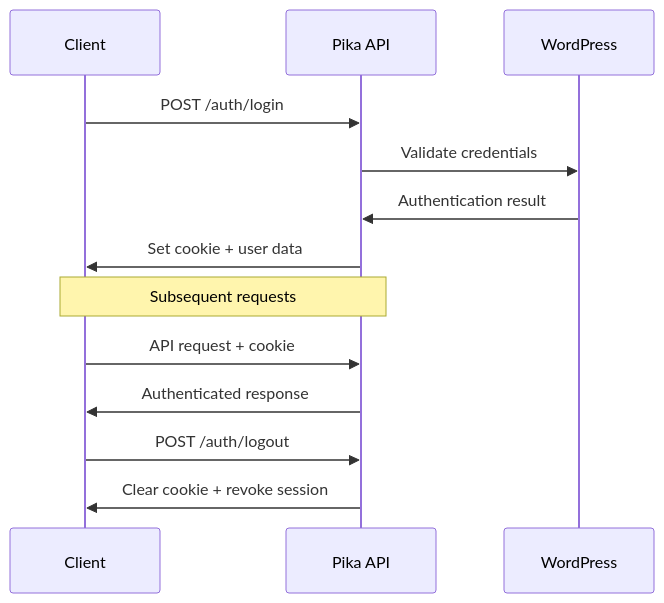
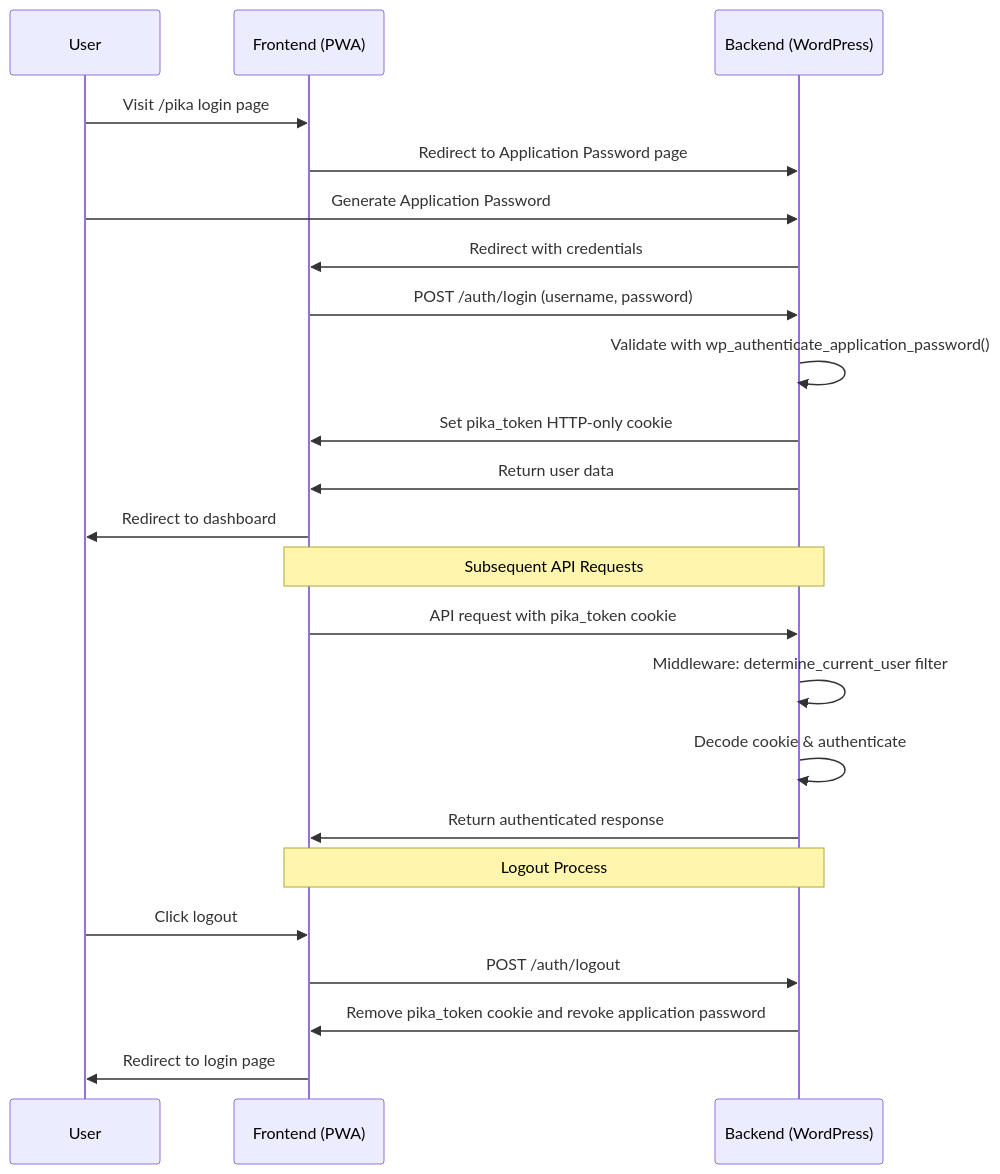
One commit to e-labInnovations/pika changed the diagram in docs/docs/api/authentication.mdx. Above: the diagram before and after it, drawn with Mermaid. The commit also changed other lines of this file and 16 other files, not shown here.

````diff
--- a/docs/docs/api/authentication.mdx
+++ b/docs/docs/api/authentication.mdx
@@ -274,18 +247,28 @@
 ```mermaid
 sequenceDiagram
-    participant Client
-    participant Pika API
-    participant WordPress
+    participant U as User
+    participant F as Frontend (PWA)
+    participant B as Backend (WordPress)
 
-    Client->>Pika API: POST /auth/login
-    Pika API->>WordPress: Validate credentials
-    WordPress->>Pika API: Authentication result
-    Pika API->>Client: Set cookie + user data
-    
-    Note over Client,Pika API: Subsequent requests
-    Client->>Pika API: API request + cookie
-    Pika API->>Client: Authenticated response
-    
-    Client->>Pika API: POST /auth/logout
-    Pika API->>Client: Clear cookie + revoke session
+    U->>F: Visit /pika login page
+    F->>B: Redirect to Application Password page
+    U->>B: Generate Application Password
+    B->>F: Redirect with credentials
+    F->>B: POST /auth/login (username, password)
+    B->>B: Validate with wp_authenticate_application_password()
+    B->>F: Set pika_token HTTP-only cookie
+    B->>F: Return user data
+    F->>U: Redirect to dashboard
+
+    Note over F,B: Subsequent API Requests
+    F->>B: API request with pika_token cookie
+    B->>B: Middleware: determine_current_user filter
+    B->>B: Decode cookie & authenticate
+    B->>F: Return authenticated response
+
+    Note over F,B: Logout Process
+    U->>F: Click logout
+    F->>B: POST /auth/logout
+    B->>F: Remove pika_token cookie and revoke application password
+    F->>U: Redirect to login page
 ```
````
